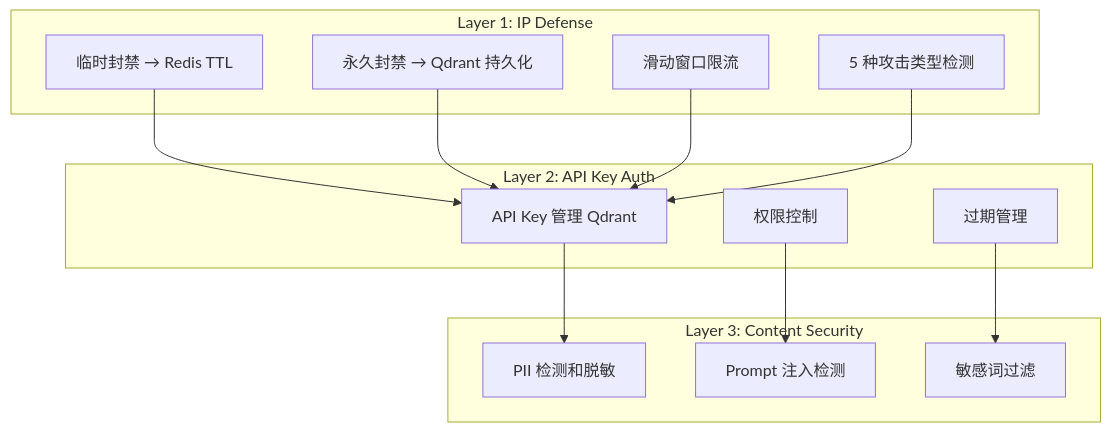
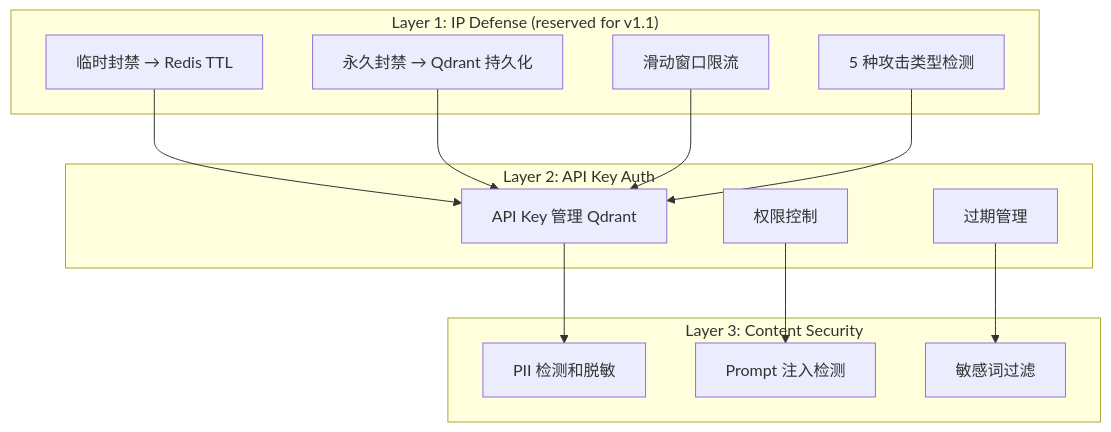
Before and after one commit to TelivANT/memoryos-rust: the sixth of 12 diagrams in docs/ARCHITECTURE.md, drawn with Mermaid. The commit also changed 5 other files, not shown here.

````diff
--- a/docs/ARCHITECTURE.md
+++ b/docs/ARCHITECTURE.md
@@ -176,29 +176,29 @@
 ```mermaid
 graph TB
-    subgraph "Layer 1: IP Defense"
+    subgraph "Layer 1: IP Defense (reserved for v1.1)"
         TD["临时封禁 → Redis TTL"]
         PD["永久封禁 → Qdrant 持久化"]
         RL["滑动窗口限流"]
         AT["5 种攻击类型检测"]
     end
 
     subgraph "Layer 2: API Key Auth"
         AK["API Key 管理 Qdrant"]
         PM["权限控制"]
         EX["过期管理"]
     end
 
     subgraph "Layer 3: Content Security"
         PII["PII 检测和脱敏"]
         INJ["Prompt 注入检测"]
         FLT["敏感词过滤"]
     end
 
     TD --> AK
     PD --> AK
     RL --> AK
     AT --> AK
     AK --> PII
     PM --> INJ
     EX --> FLT
 ```
````
